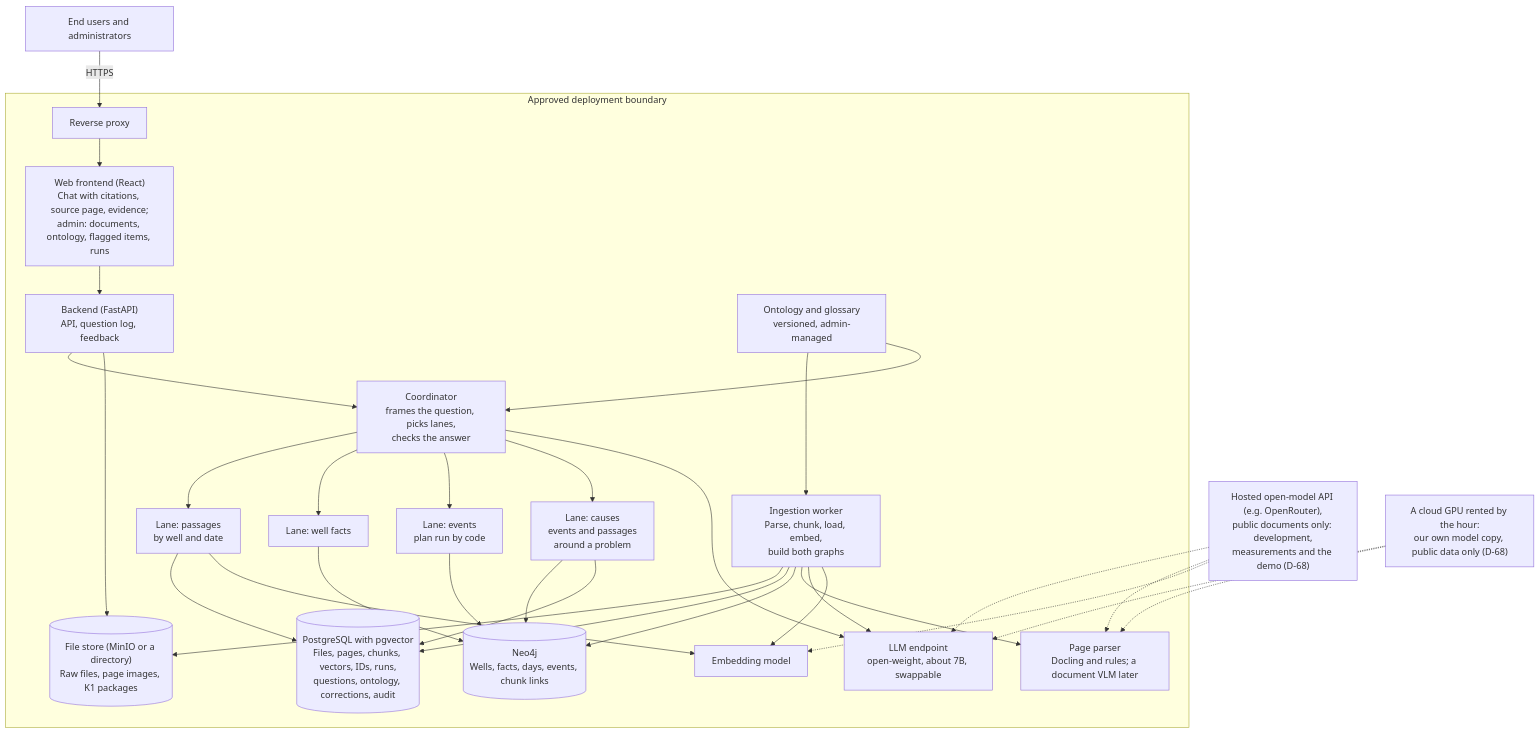
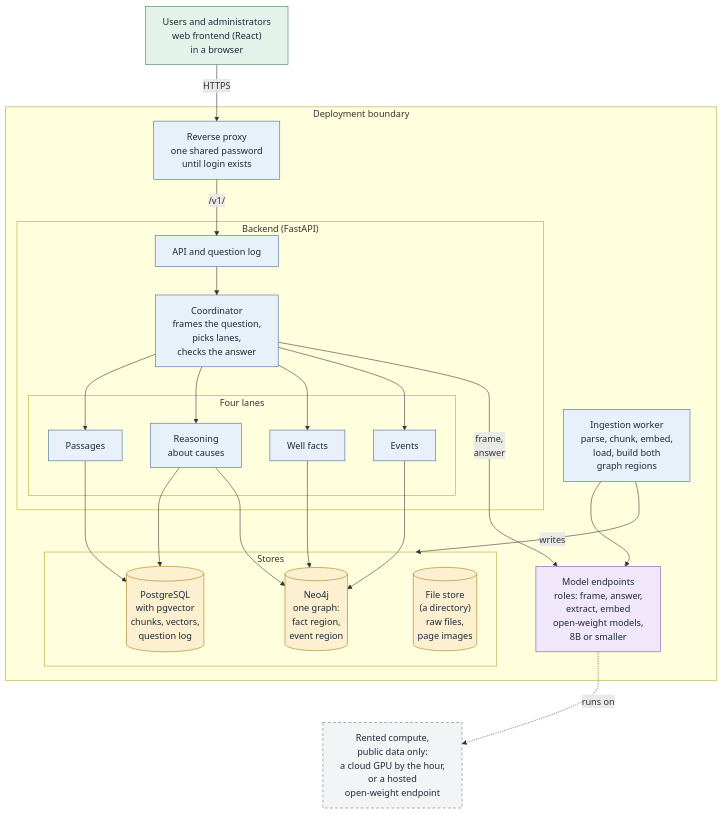
Before and after one commit to thaitri2005/Secure-O-G-LLM-and-Knowledge-Graph: the second of 9 diagrams in docs/PROJECT_DESIGN.md, drawn with Mermaid. The commit also changed other lines of this file and 47 other files, not shown here.

````diff
--- a/docs/PROJECT_DESIGN.md
+++ b/docs/PROJECT_DESIGN.md
@@ -308,28 +313,42 @@
 ```mermaid
 flowchart TB
-    U["End users and administrators"] -->|HTTPS| G["Reverse proxy"]
-    subgraph Z["Approved deployment boundary"]
-        G --> UI["Web frontend (React)<br/>Chat with citations, source page, evidence;<br/>admin: documents, ontology, flagged items, runs"]
-        UI --> API["Backend (FastAPI)<br/>API, question log, feedback"]
-        API --> CO["Coordinator<br/>frames the question, picks lanes,<br/>checks the answer"]
-        CO --> L1["Lane: passages<br/>by well and date"]
-        CO --> L2["Lane: well facts"]
-        CO --> L3["Lane: events<br/>plan run by code"]
-        CO --> L4["Lane: causes<br/>events and passages<br/>around a problem"]
-        L1 --> PG[("PostgreSQL with pgvector<br/>Files, pages, chunks, vectors, IDs, runs,<br/>questions, ontology, corrections, audit")]
-        L2 --> NG[("Neo4j<br/>Wells, facts, days, events, chunk links")]
-        L3 --> NG
-        L4 --> NG
-        L4 --> PG
-        API --> OBJ[("File store (MinIO or a directory)<br/>Raw files, page images, K1 packages")]
-        W["Ingestion worker<br/>Parse, chunk, load, embed,<br/>build both graphs"] --> OBJ & PG & NG
-        W --> VLM["Page parser<br/>Docling and rules; a document VLM later"]
-        W --> LM["LLM endpoint<br/>open-weight, about 7B, swappable"]
-        W --> EMB["Embedding model"]
-        CO --> LM
-        L1 --> EMB
-        ONT["Ontology and glossary<br/>versioned, admin-managed"] --> W & CO
+    U["Users and administrators<br/>web frontend (React)<br/>in a browser"]:::ui
+    subgraph Z["Deployment boundary"]
+        G["Reverse proxy<br/>one shared password<br/>until login exists"]:::svc
+        subgraph BE["Backend (FastAPI)"]
+            API["API and question log"]:::svc
+            CO["Coordinator<br/>frames the question,<br/>picks lanes,<br/>checks the answer"]:::svc
+            subgraph LN["Four lanes"]
+                L1["Passages"]:::svc
+                L4["Reasoning<br/>about causes"]:::svc
+                L2["Well facts"]:::svc
+                L3["Events"]:::svc
+            end
+        end
+        W["Ingestion worker<br/>parse, chunk, embed,<br/>load, build both<br/>graph regions"]:::svc
+        MO["Model endpoints<br/>roles: frame, answer,<br/>extract, embed<br/>open-weight models,<br/>8B or smaller"]:::model
+        subgraph ST["Stores"]
+            PG[("PostgreSQL<br/>with pgvector<br/>chunks, vectors,<br/>question log")]:::store
+            NG[("Neo4j<br/>one graph:<br/>fact region,<br/>event region")]:::store
+            OBJ[("File store<br/>(a directory)<br/>raw files,<br/>page images")]:::store
+        end
     end
-    DEV["Hosted open-model API (e.g. OpenRouter),<br/>public documents only: development,<br/>measurements and the demo (D-68)"] -.-> LM & VLM & EMB
-    GPU["A cloud GPU rented by the hour:<br/>our own model copy, public data only (D-68)"] -.-> LM & VLM
+    R["Rented compute,<br/>public data only:<br/>a cloud GPU by the hour,<br/>or a hosted<br/>open-weight endpoint"]:::ext
+    U -->|HTTPS| G
+    G -->|"/v1/"| API
+    API --> CO
+    CO --> L1 & L4 & L2 & L3
+    CO -->|"frame,<br/>answer"| MO
+    L1 --> PG
+    L4 --> PG & NG
+    L2 & L3 --> NG
+    W --> MO
+    W -->|"writes"| ST
+    ST ~~~ R
+    MO -.->|"runs on"| R
+    classDef ui fill:#e4f3ea,stroke:#3b7d57,color:#1b2a3a
+    classDef svc fill:#e8f0fa,stroke:#3d6a9c,color:#1b2a3a
+    classDef store fill:#fdf0d0,stroke:#a67512,color:#1b2a3a
+    classDef model fill:#f0e7f9,stroke:#7b52ab,color:#1b2a3a
+    classDef ext fill:#f3f4f6,stroke:#6b7280,color:#1b2a3a,stroke-dasharray:5 4
 ```
````
